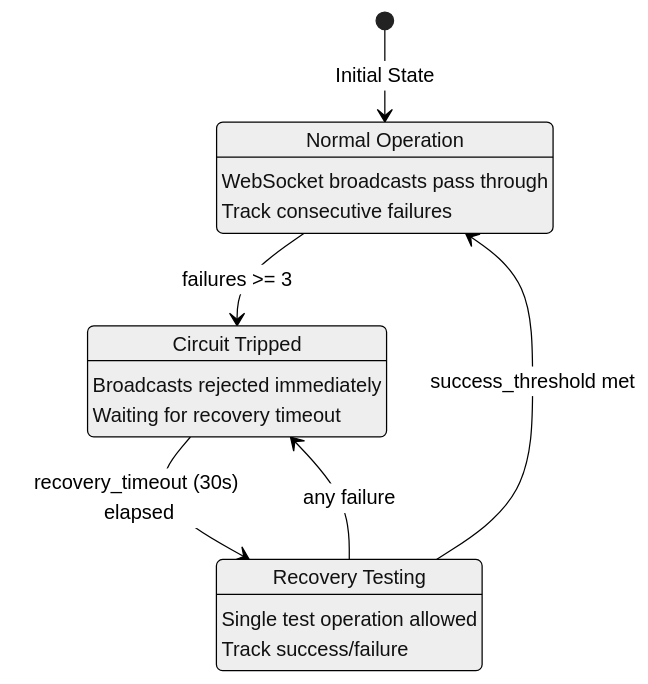
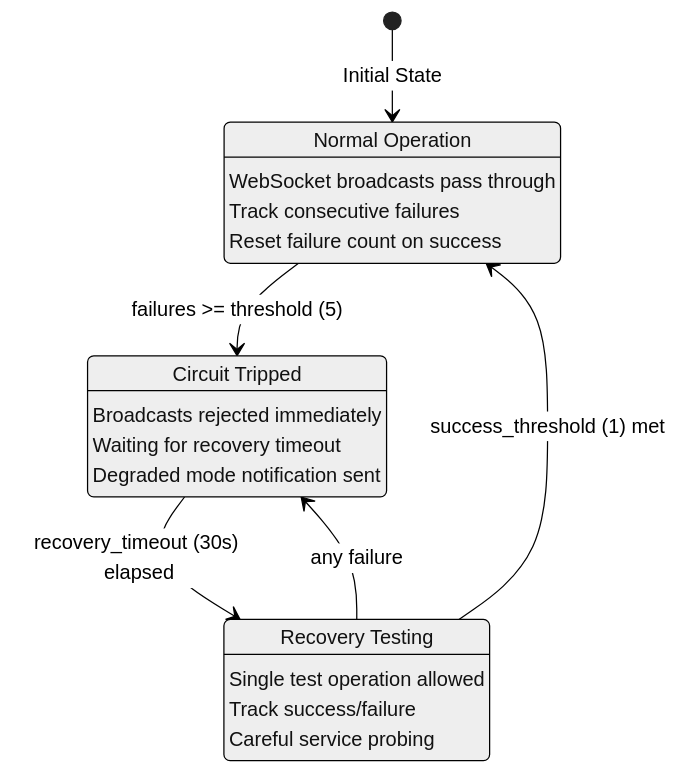
Before and after one commit to mikesvoboda/nemotron-v3-home-security-intelligence: the tenth of 14 diagrams in docs/architecture/resilience.md, drawn with Mermaid (neutral theme). The commit also changed other lines of this file and 8 other files, not shown here.

````diff
--- a/docs/architecture/resilience.md
+++ b/docs/architecture/resilience.md
@@ -733,21 +768,24 @@
 ```mermaid
 stateDiagram-v2
     [*] --> CLOSED: Initial State
 
-    CLOSED --> OPEN: failures >= 3
+    CLOSED --> OPEN: failures >= threshold (5)
     OPEN --> HALF_OPEN: recovery_timeout (30s) elapsed
-    HALF_OPEN --> CLOSED: success_threshold met
+    HALF_OPEN --> CLOSED: success_threshold (1) met
     HALF_OPEN --> OPEN: any failure
 
     CLOSED: Normal Operation
     CLOSED: WebSocket broadcasts pass through
     CLOSED: Track consecutive failures
+    CLOSED: Reset failure count on success
 
     OPEN: Circuit Tripped
     OPEN: Broadcasts rejected immediately
     OPEN: Waiting for recovery timeout
+    OPEN: Degraded mode notification sent
 
     HALF_OPEN: Recovery Testing
     HALF_OPEN: Single test operation allowed
     HALF_OPEN: Track success/failure
+    HALF_OPEN: Careful service probing
 ```
````
